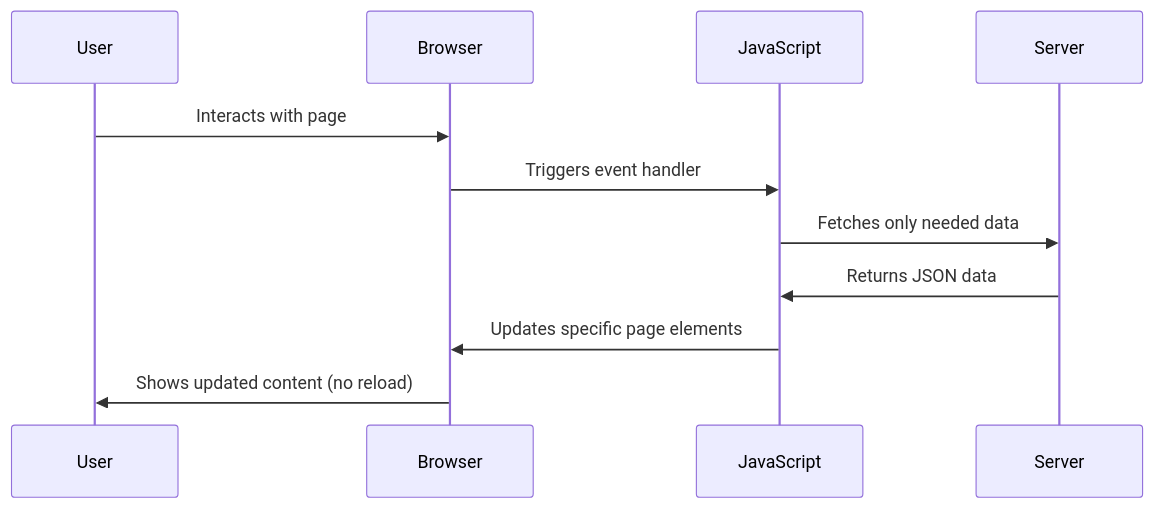
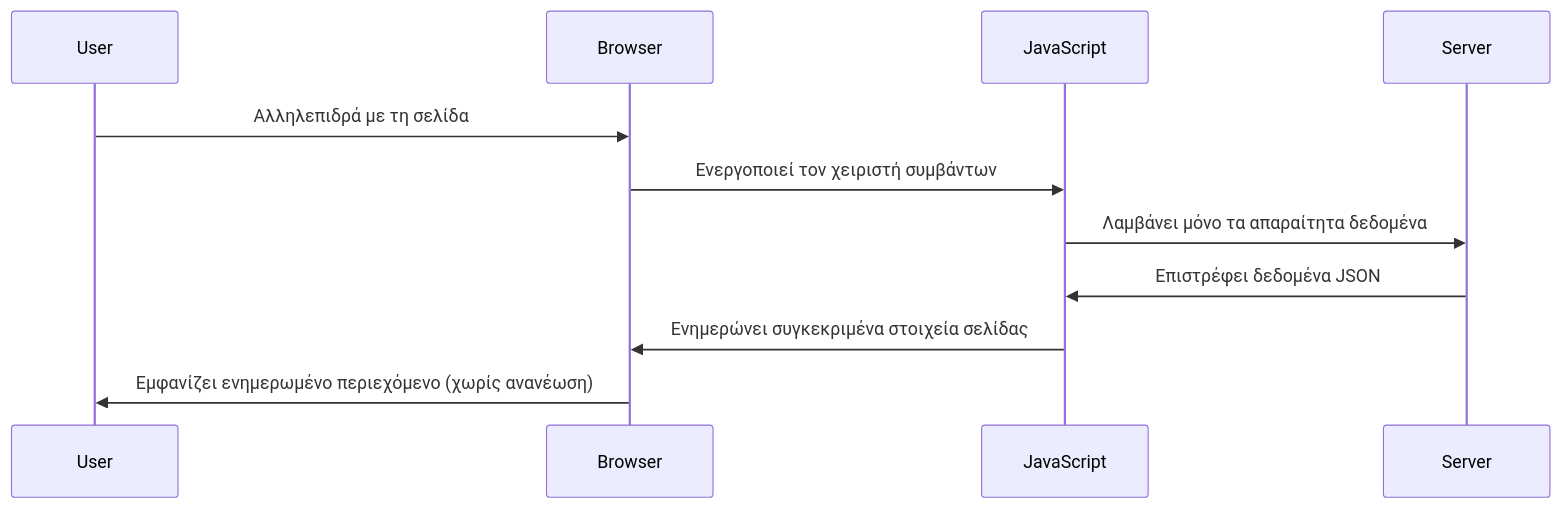
Before and after one commit to microsoft/Web-Dev-For-Beginners: the fifth of 11 diagrams in translations/el/7-bank-project/3-data/README.md, drawn with Mermaid. The commit also changed other lines of this file and 99 other files, not shown here.

````diff
--- a/translations/el/7-bank-project/3-data/README.md
+++ b/translations/el/7-bank-project/3-data/README.md
@@ -77,14 +171,14 @@
 ```mermaid
 sequenceDiagram
     participant User
     participant Browser
     participant JavaScript
     participant Server
     
-    User->>Browser: Interacts with page
-    Browser->>JavaScript: Triggers event handler
-    JavaScript->>Server: Fetches only needed data
-    Server->>JavaScript: Returns JSON data
-    JavaScript->>Browser: Updates specific page elements
-    Browser->>User: Shows updated content (no reload)
-```
+    User->>Browser: Αλληλεπιδρά με τη σελίδα
+    Browser->>JavaScript: Ενεργοποιεί τον χειριστή συμβάντων
+    JavaScript->>Server: Λαμβάνει μόνο τα απαραίτητα δεδομένα
+    Server->>JavaScript: Επιστρέφει δεδομένα JSON
+    JavaScript->>Browser: Ενημερώνει συγκεκριμένα στοιχεία σελίδας
+    Browser->>User: Εμφανίζει ενημερωμένο περιεχόμενο (χωρίς ανανέωση)
+```  
````
